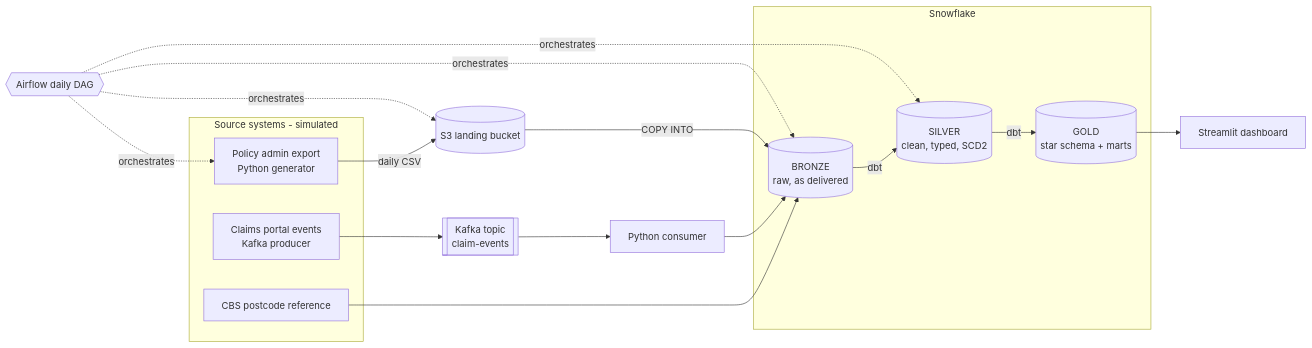
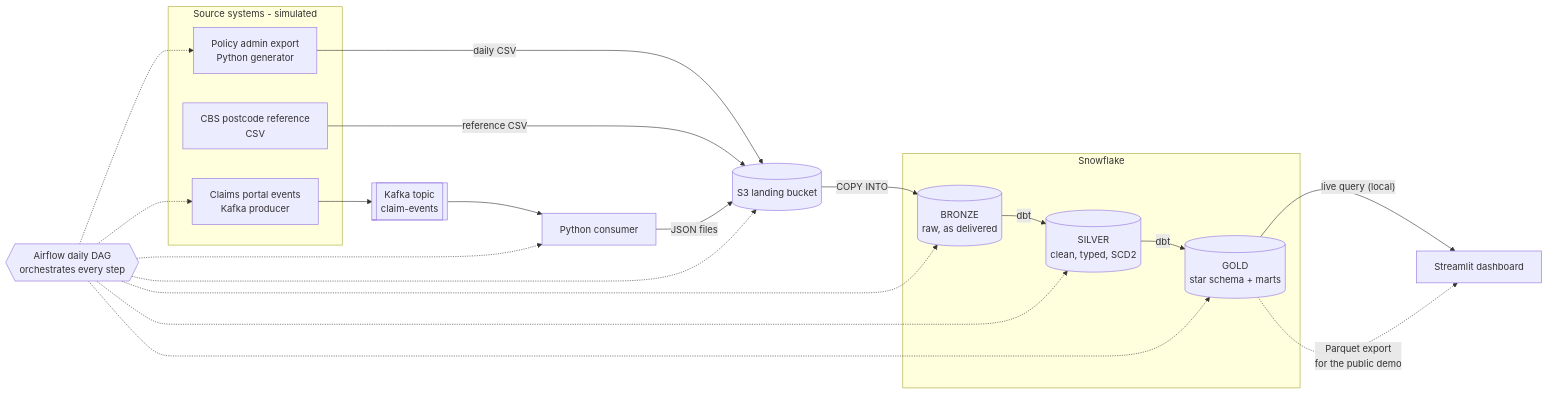
One commit to alibaghdadi1368/insurance-claims-lakehouse changed the diagram in docs/architecture.md. Above: the diagram before and after it, drawn with Mermaid. The commit also changed 11 other files, not shown here.

Commit message:
Fix overview metric, snapshot column name, architecture diagram; add license and lineage

````diff
--- a/docs/architecture.md
+++ b/docs/architecture.md
@@ -3,23 +3,24 @@
 ```mermaid
 flowchart LR
     subgraph sources[Source systems - simulated]
         GEN[Policy admin export<br/>Python generator]
         CLM[Claims portal events<br/>Kafka producer]
-        CBS[CBS postcode reference]
+        CBS[CBS postcode reference<br/>CSV]
     end
 
     GEN -- daily CSV --> S3[(S3 landing bucket)]
+    CBS -- reference CSV --> S3
+    CLM --> KAFKA[[Kafka topic<br/>claim-events]] --> CONS[Python consumer] -- JSON files --> S3
     S3 -- COPY INTO --> BRONZE
-    CLM --> KAFKA[[Kafka topic<br/>claim-events]] --> CONS[Python consumer] --> BRONZE
-    CBS --> BRONZE
 
     subgraph snowflake[Snowflake]
         BRONZE[(BRONZE<br/>raw, as delivered)]
         SILVER[(SILVER<br/>clean, typed, SCD2)]
         GOLD[(GOLD<br/>star schema + marts)]
         BRONZE -- dbt --> SILVER -- dbt --> GOLD
     end
 
-    GOLD --> APP[Streamlit dashboard]
-    AIRFLOW{{Airflow daily DAG}} -.orchestrates.-> GEN & S3 & BRONZE & SILVER
+    GOLD -- live query (local) --> APP[Streamlit dashboard]
+    GOLD -. Parquet export<br/>for the public demo .-> APP
+    AIRFLOW{{Airflow daily DAG<br/>orchestrates every step}} -.-> GEN & CLM & CONS & S3 & BRONZE & SILVER & GOLD
 ```
````
